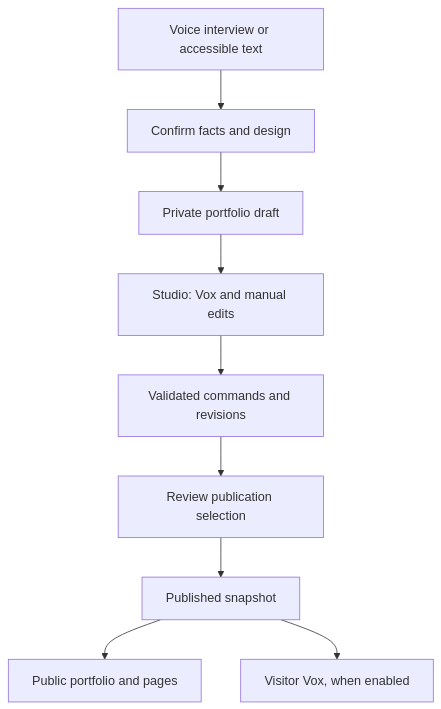
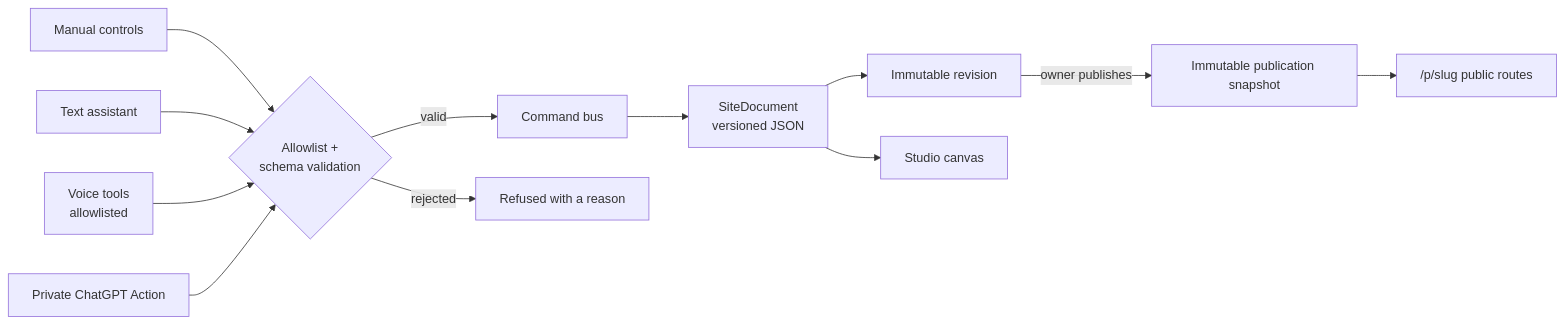
Before and after one commit to sufi0900/voice-directed-3d-portfolio-builder: the third of 7 diagrams in README.md, drawn with Mermaid. The commit also changed other lines of this file, not shown here.

````diff
--- a/README.md
+++ b/README.md
@@ -31,11 +162,14 @@
 ```mermaid
-flowchart TD
-    A["Voice interview or accessible text"] --> B["Confirm facts and design"]
-    B --> C["Private portfolio draft"]
-    C --> D["Studio: Vox and manual edits"]
-    D --> E["Validated commands and revisions"]
-    E --> F["Review publication selection"]
-    F --> G["Published snapshot"]
-    G --> H["Public portfolio and pages"]
-    G --> I["Visitor Vox, when enabled"]
+flowchart LR
+  M["Manual controls"] --> P
+  T["Text assistant"] --> P
+  Vx["Voice tools<br/>allowlisted"] --> P
+  C["Private ChatGPT Action"] --> P
+  P{"Allowlist +<br/>schema validation"} -->|valid| B["Command bus"]
+  P -->|rejected| X["Refused with a reason"]
+  B --> D["SiteDocument<br/>versioned JSON"]
+  D --> R["Immutable revision"]
+  D --> S["Studio canvas"]
+  R -->|owner publishes| Pub["Immutable publication snapshot"]
+  Pub --> Web["/p/slug public routes"]
 ```
````
